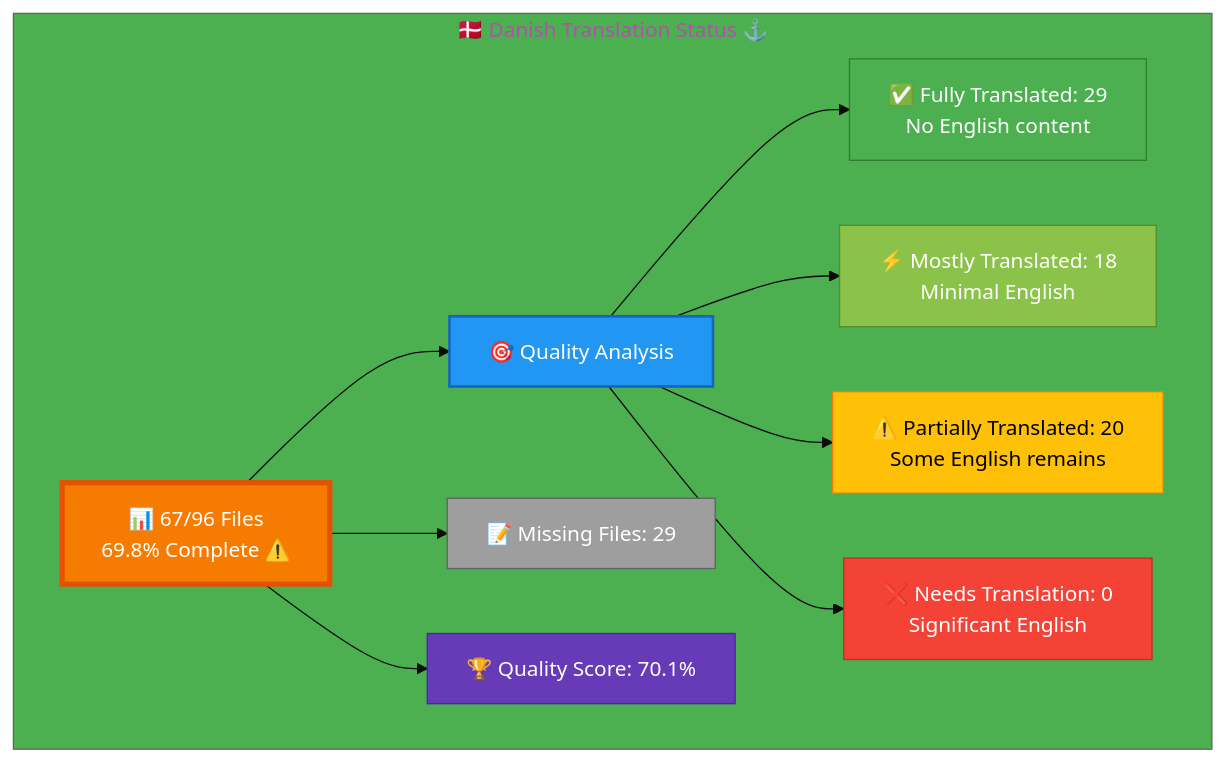
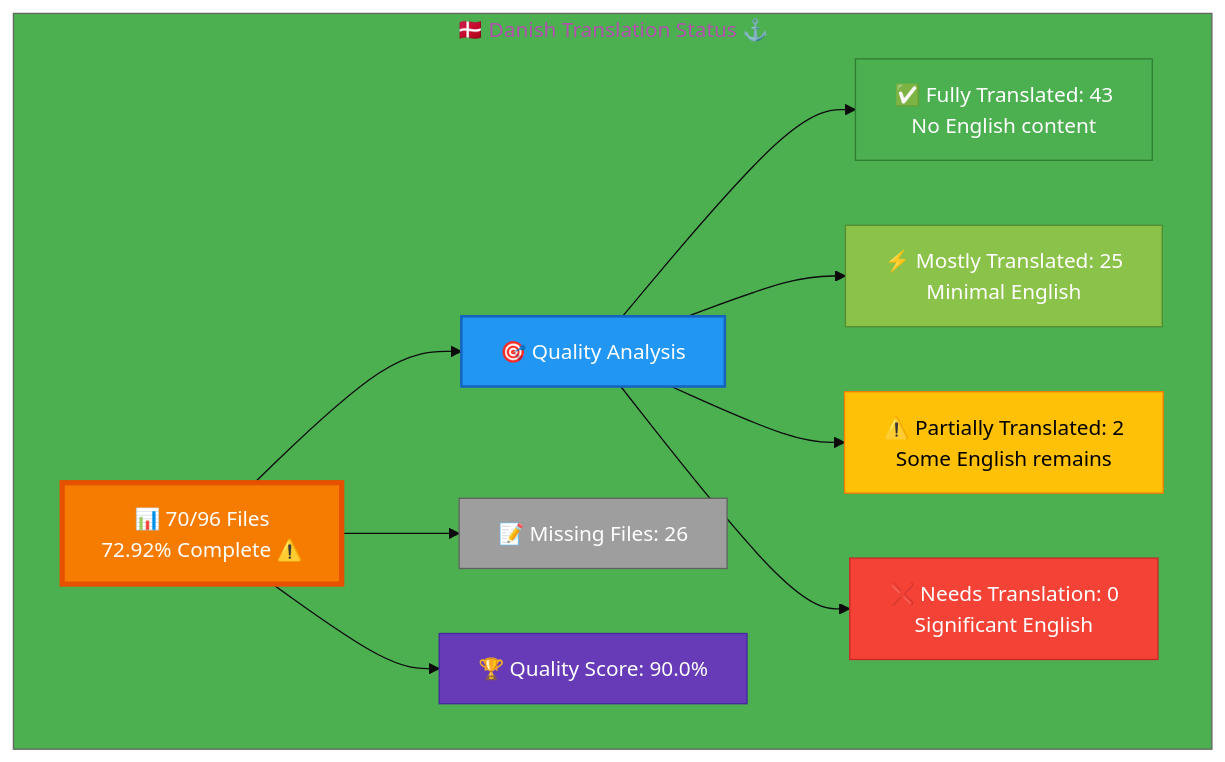
Before and after one commit to Hack23/homepage: the diagram in Danish-Translation-Status.md, drawn with Mermaid. The commit also changed other lines of this file and 9 other files, not shown here.

````diff
--- a/Danish-Translation-Status.md
+++ b/Danish-Translation-Status.md
@@ -23,26 +12,26 @@
 ```mermaid
 %%{init: {'theme':'base', 'themeVariables': {'primaryColor':'#F57C00','secondaryColor':'#2196F3','tertiaryColor':'#4CAF50','fontSize':'16px'}}}%%
 graph TB
     subgraph "🇩🇰 Danish Translation Status ⚓"
-        A["📊 67/96 Files<br/>69.8% Complete ⚠️"]
+        A["📊 70/96 Files<br/>72.92% Complete ⚠️ "]
         
         A --> B["🎯 Quality Analysis"]
-        B --> C["✅ Fully Translated: 29<br/>No English content"]
-        B --> D["⚡ Mostly Translated: 18<br/>Minimal English"]
-        B --> E["⚠️  Partially Translated: 20<br/>Some English remains"]
+        B --> C["✅ Fully Translated: 43<br/>No English content"]
+        B --> D["⚡ Mostly Translated: 25<br/>Minimal English"]
+        B --> E["⚠️  Partially Translated: 2<br/>Some English remains"]
         B --> F["❌ Needs Translation: 0<br/>Significant English"]
         
-        A --> G["📝 Missing Files: 29"]
+        A --> G["📝 Missing Files: 26"]
         
-        A --> H["🏆 Quality Score: 70.1%"]
+        A --> H["🏆 Quality Score: 90.0%"]
         
         style A fill:#F57C00,stroke:#E65100,color:#fff,stroke-width:4px
         style B fill:#2196F3,stroke:#1565C0,color:#fff,stroke-width:2px
         style C fill:#4CAF50,stroke:#2E7D32,color:#fff
         style D fill:#8BC34A,stroke:#558B2F,color:#fff
         style E fill:#FFC107,stroke:#F57C00,color:#000
         style F fill:#F44336,stroke:#C62828,color:#fff
         style G fill:#9E9E9E,stroke:#616161,color:#fff
         style H fill:#673AB7,stroke:#4527A0,color:#fff
     end
 ```
````
